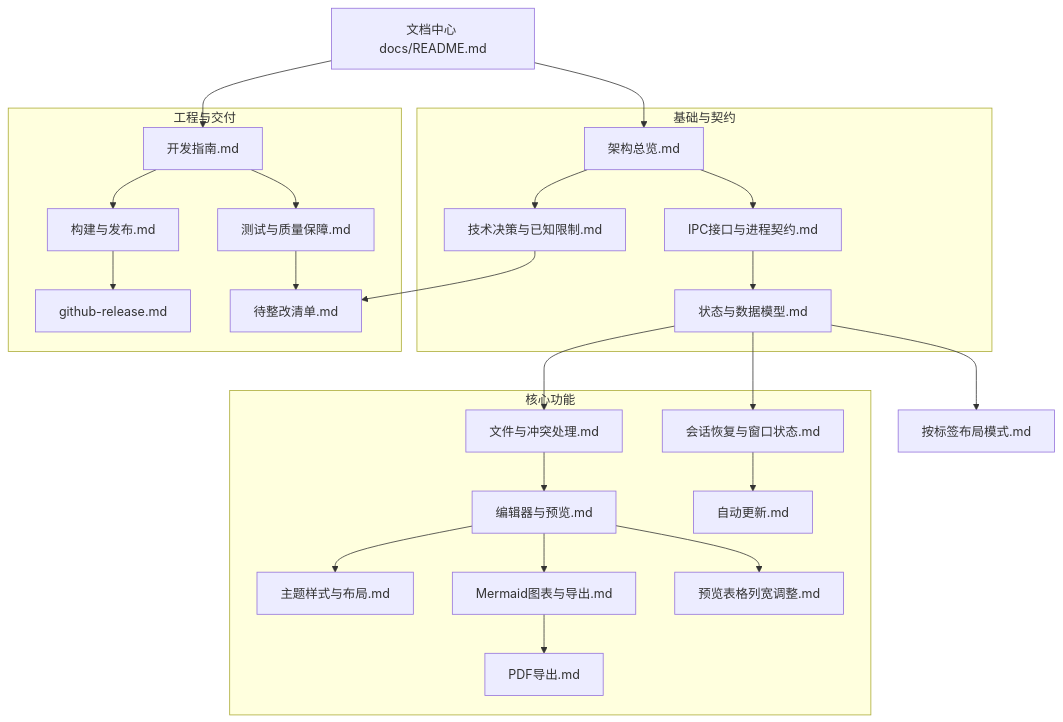
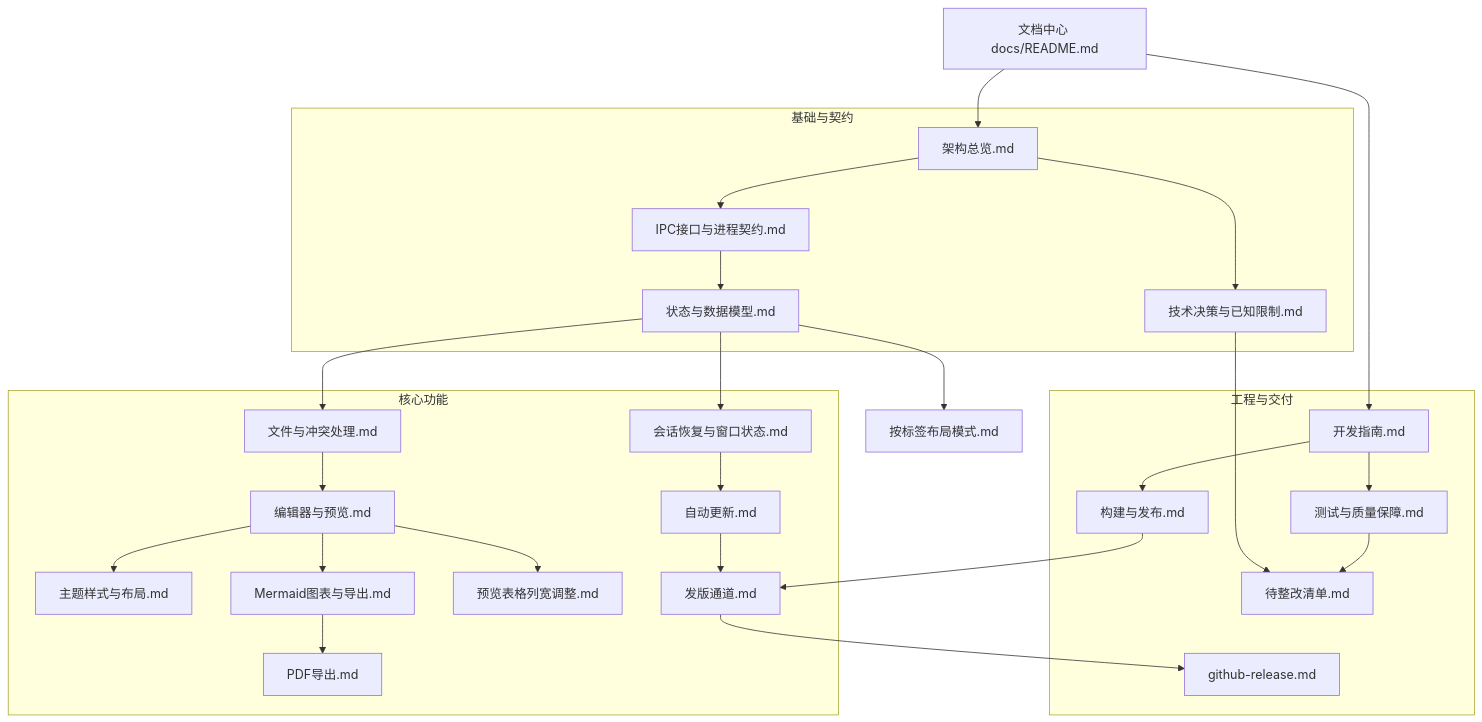
Before and after one commit to Harley-xk/mark-it: the diagram in docs/README.md, drawn with Mermaid. The commit also changed other lines of this file and 26 other files, not shown here.

````diff
--- a/docs/README.md
+++ b/docs/README.md
@@ -14,50 +14,53 @@
 ```mermaid
 flowchart TD
   IDX["文档中心 docs/README.md"]
 
   subgraph 基础与契约
     ARCH["架构总览.md"]
     DEC["技术决策与已知限制.md"]
     IPC["IPC接口与进程契约.md"]
     DATA["状态与数据模型.md"]
   end
 
   subgraph 核心功能
     FILE["文件与冲突处理.md"]
     SESSION["会话恢复与窗口状态.md"]
     EDIT["编辑器与预览.md"]
     THEME["主题样式与布局.md"]
     MERMAID["Mermaid图表与导出.md"]
     PDF["PDF导出.md"]
     TABLE["预览表格列宽调整.md"]
     UPDATE["自动更新.md"]
+    CHANNEL["发版通道.md"]
   end
 
   subgraph 工程与交付
     BUILD["构建与发布.md"]
     RELEASE["github-release.md"]
     DEV["开发指南.md"]
     QA["测试与质量保障.md"]
     TODO["待整改清单.md"]
   end
 
   IDX --> ARCH
   IDX --> DEV
   ARCH --> DEC
   ARCH --> IPC
   IPC --> DATA
   DATA --> FILE
   DATA --> SESSION
   DATA --> LAYOUT["按标签布局模式.md"]
   FILE --> EDIT
   EDIT --> THEME
   EDIT --> MERMAID
   EDIT --> TABLE
   MERMAID --> PDF
   SESSION --> UPDATE
+  UPDATE --> CHANNEL
   DEV --> QA
   DEV --> BUILD
-  BUILD --> RELEASE
+  BUILD --> CHANNEL
+  CHANNEL --> RELEASE
   QA --> TODO
   DEC --> TODO
 ```
````
